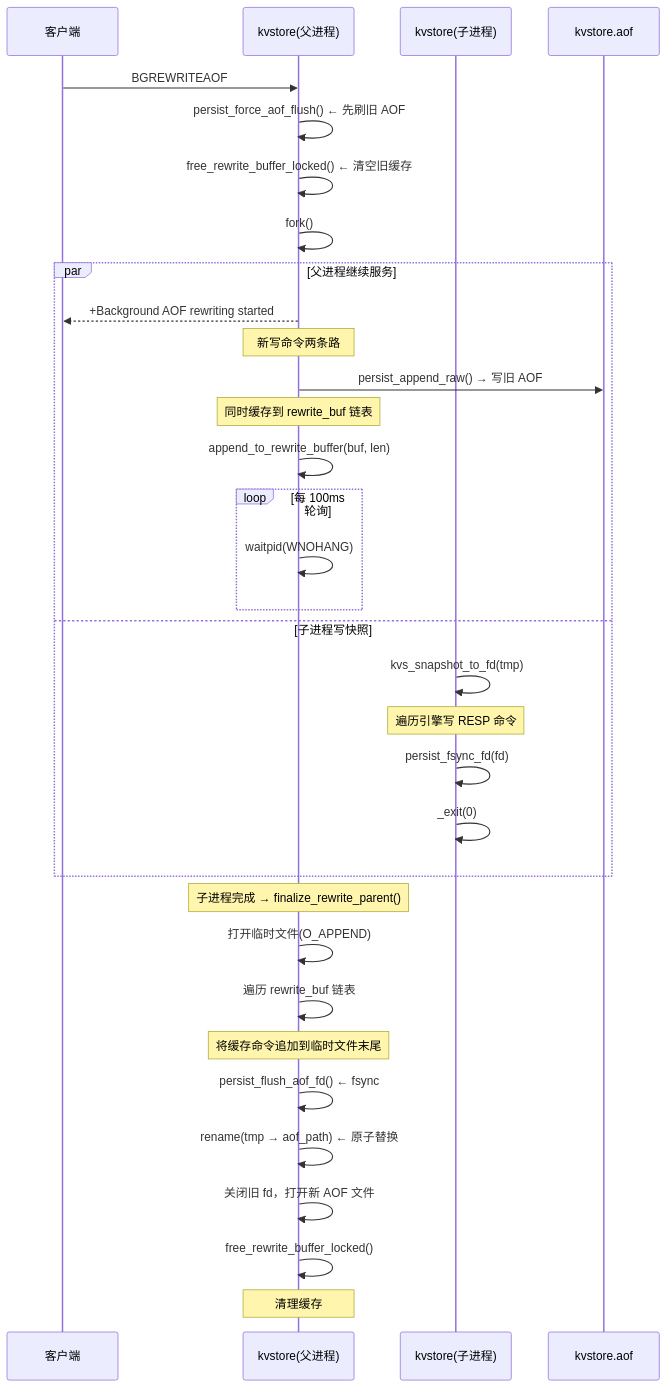
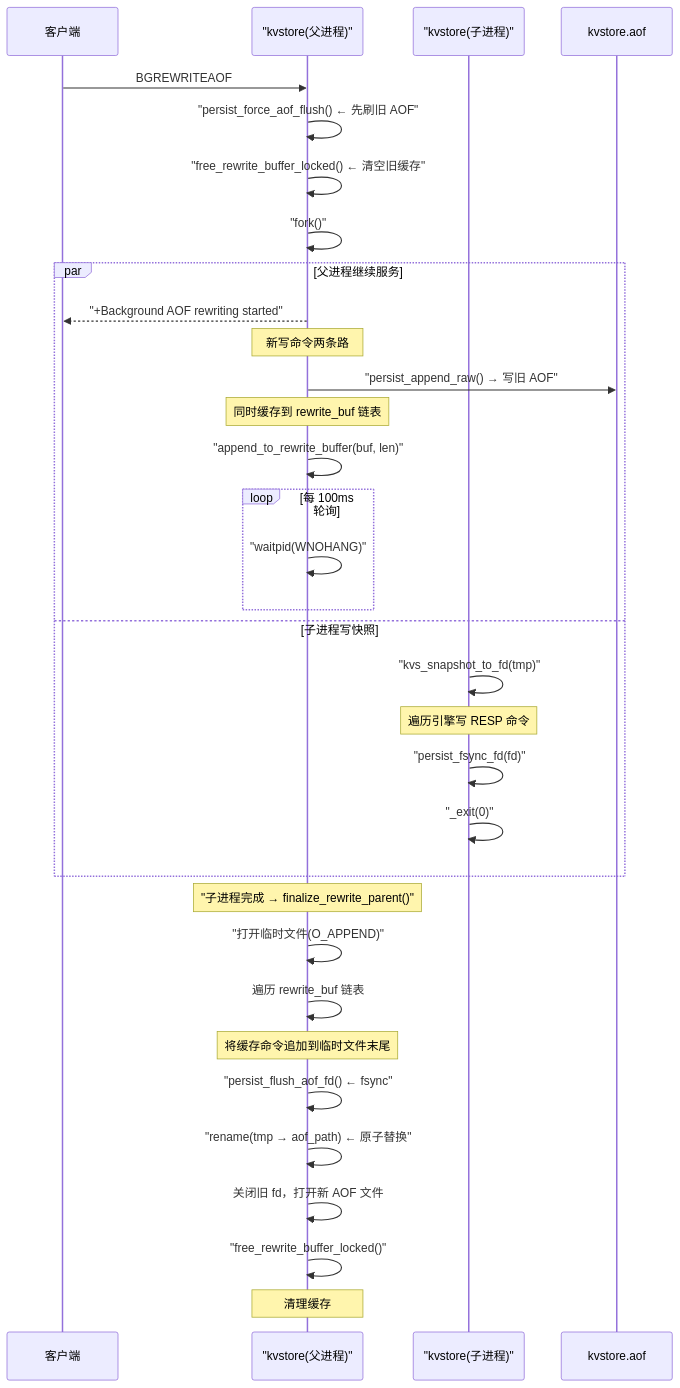
Before and after one commit to robotlover-1/kvstore: the tenth of 15 diagrams in README.md, drawn with Mermaid. The commit also changed other lines of this file, not shown here.

First line of the commit message:
docs: 修复 mermaid sequence diagram 特殊字符渲染

````diff
--- a/README.md
+++ b/README.md
@@ -1895,38 +1895,38 @@
 ```mermaid
 sequenceDiagram
     participant C as 客户端
-    participant K as kvstore(父进程)
-    participant CH as kvstore(子进程)
+    participant K as "kvstore(父进程)"
+    participant CH as "kvstore(子进程)"
     participant A as kvstore.aof
 
     C->>K: BGREWRITEAOF
-    K->>K: persist_force_aof_flush()    ← 先刷旧 AOF
-    K->>K: free_rewrite_buffer_locked() ← 清空旧缓存
-    K->>K: fork()
+    K->>K: "persist_force_aof_flush()    ← 先刷旧 AOF"
+    K->>K: "free_rewrite_buffer_locked() ← 清空旧缓存"
+    K->>K: "fork()"
 
     par 父进程继续服务
-        K-->>C: +Background AOF rewriting started
+        K-->>C: "+Background AOF rewriting started"
         Note over K: 新写命令两条路
-        K->>A: persist_append_raw() → 写旧 AOF
+        K->>A: "persist_append_raw() → 写旧 AOF"
         Note over K: 同时缓存到 rewrite_buf 链表
-        K->>K: append_to_rewrite_buffer(buf, len)
+        K->>K: "append_to_rewrite_buffer(buf, len)"
         loop 每 100ms 轮询
-            K->>K: waitpid(WNOHANG)
+            K->>K: "waitpid(WNOHANG)"
         end
     and 子进程写快照
-        CH->>CH: kvs_snapshot_to_fd(tmp)
+        CH->>CH: "kvs_snapshot_to_fd(tmp)"
         Note over CH: 遍历引擎写 RESP 命令
-        CH->>CH: persist_fsync_fd(fd)
-        CH->>CH: _exit(0)
+        CH->>CH: "persist_fsync_fd(fd)"
+        CH->>CH: "_exit(0)"
     end
 
-    Note over K: 子进程完成 → finalize_rewrite_parent()
-    K->>K: 打开临时文件(O_APPEND)
+    Note over K: "子进程完成 → finalize_rewrite_parent()"
+    K->>K: "打开临时文件(O_APPEND)"
     K->>K: 遍历 rewrite_buf 链表
     Note over K: 将缓存命令追加到临时文件末尾
-    K->>K: persist_flush_aof_fd()  ← fsync
-    K->>K: rename(tmp → aof_path)  ← 原子替换
+    K->>K: "persist_flush_aof_fd()  ← fsync"
+    K->>K: "rename(tmp → aof_path)  ← 原子替换"
     K->>K: 关闭旧 fd，打开新 AOF 文件
-    K->>K: free_rewrite_buffer_locked()
+    K->>K: "free_rewrite_buffer_locked()"
     Note over K: 清理缓存
 ```
````
